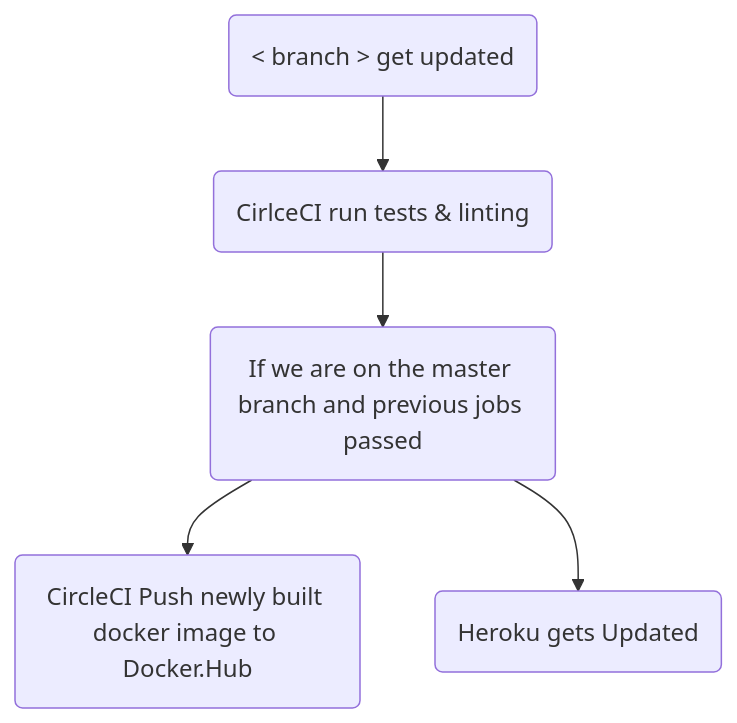
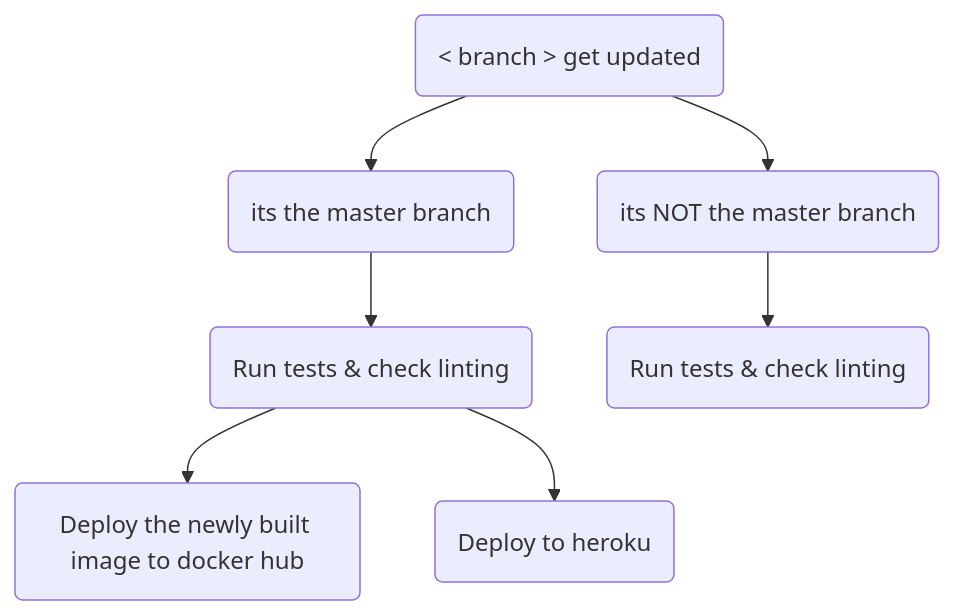
The diagram in README.md (Madscientiste/OpenClassrooms_P13), drawn with Mermaid before and after one commit. The commit also changed other lines of this file, not shown here.

Commit message:
updated flowchart

````diff
--- a/README.md
+++ b/README.md
@@ -94,8 +96,12 @@
 ```mermaid
 graph TD
-    A(< branch > get updated) --> 
-    B(CirlceCI run tests & linting) -->
-    C(If we are on the master branch and previous jobs passed)
-    C --> D(CircleCI Push newly built docker image to Docker.Hub)
-    C --> E(Heroku gets Updated)
+    A(< branch > get updated)
+    
+    A --> D(its the master branch)
+    D --> E(Run tests & check linting)
+    E --> F(Deploy the newly built image to docker hub)
+    E --> G(Deploy to heroku)    
+
+    A --> B(its NOT the master branch)
+    B --> T(Run tests & check linting)
 ```
````
